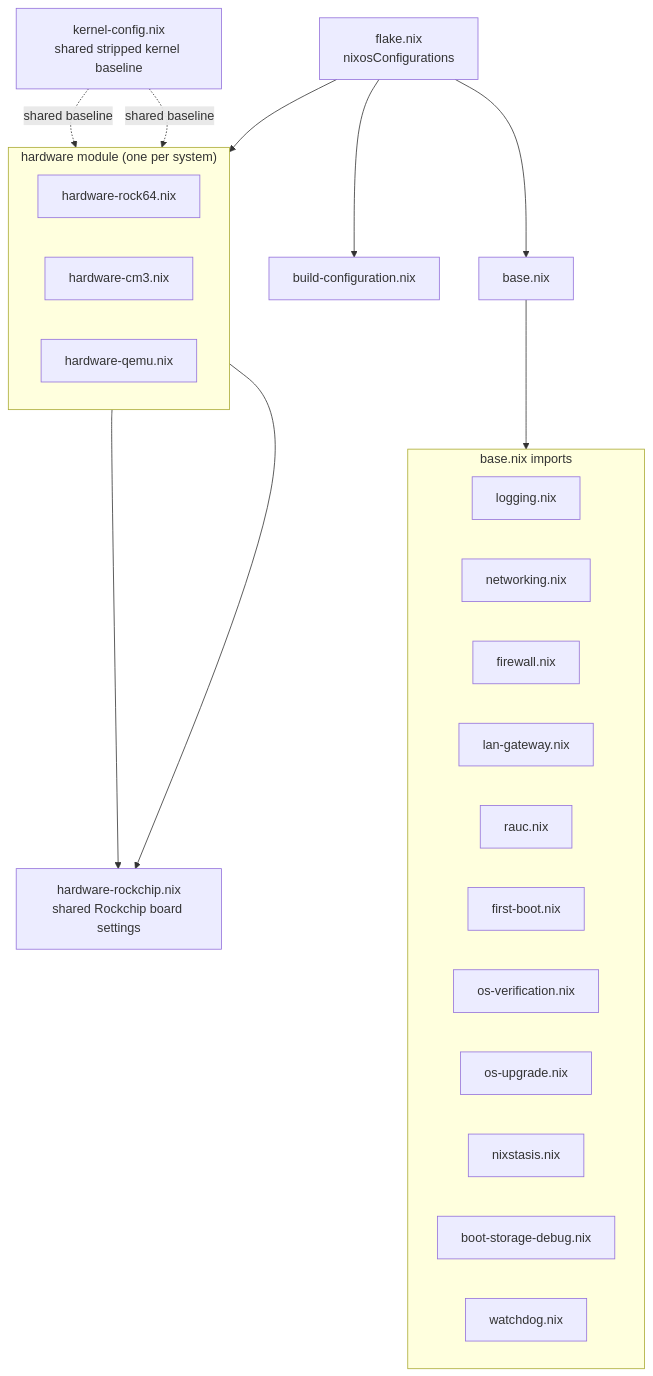
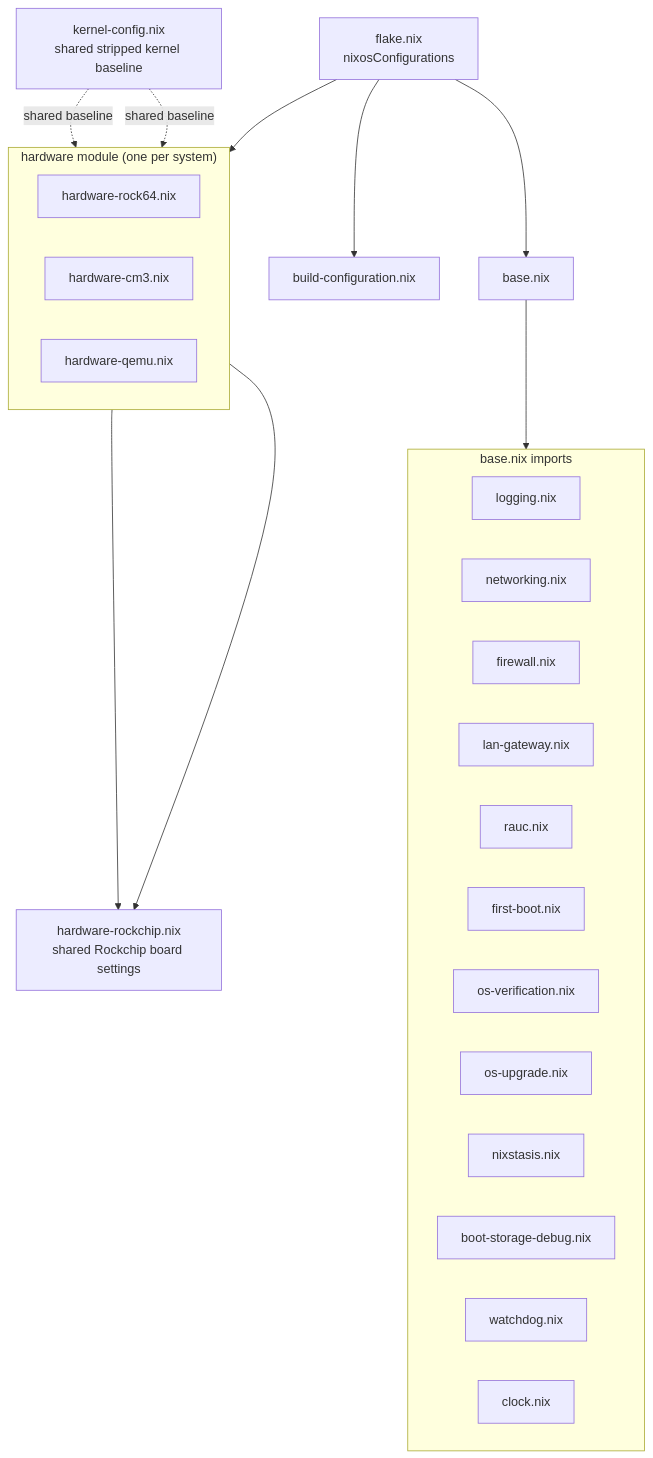
One commit to RobertDeRose/atomixos changed the diagram in docs/src/code-reference/modules.md. Above: the diagram before and after it, drawn with Mermaid. The commit also changed other lines of this file and 8 other files, not shown here.

````diff
--- a/docs/src/code-reference/modules.md
+++ b/docs/src/code-reference/modules.md
@@ -10,38 +10,39 @@
 ```mermaid
 flowchart TD
     FLAKE["flake.nix<br/>nixosConfigurations"]
     KERNEL["kernel-config.nix<br/>shared stripped kernel baseline"]
 
     FLAKE --> BASE["base.nix"]
     FLAKE --> BUILDCFG["build-configuration.nix"]
     FLAKE --> HARDWARE
 
     subgraph HARDWARE["hardware module (one per system)"]
         direction LR
         ROCK64["hardware-rock64.nix"]
         CM3["hardware-cm3.nix"]
         QEMU["hardware-qemu.nix"]
     end
 
     ROCK64 --> ROCKCHIP["hardware-rockchip.nix<br/>shared Rockchip board settings"]
     CM3 --> ROCKCHIP
 
     subgraph IMPORTS["base.nix imports"]
         direction LR
         LOGGING["logging.nix"]
         NETWORKING["networking.nix"]
         FIREWALL["firewall.nix"]
         LAN["lan-gateway.nix"]
         RAUC["rauc.nix"]
         FIRSTBOOT["first-boot.nix"]
         VERIFY["os-verification.nix"]
         UPGRADE["os-upgrade.nix"]
         NIXSTASIS["nixstasis.nix"]
         DEBUG["boot-storage-debug.nix"]
         WATCHDOG["watchdog.nix"]
+        CLOCK["clock.nix"]
     end
 
     BASE --> IMPORTS
     KERNEL -. shared baseline .-> ROCK64
     KERNEL -. shared baseline .-> QEMU
 ```
````
